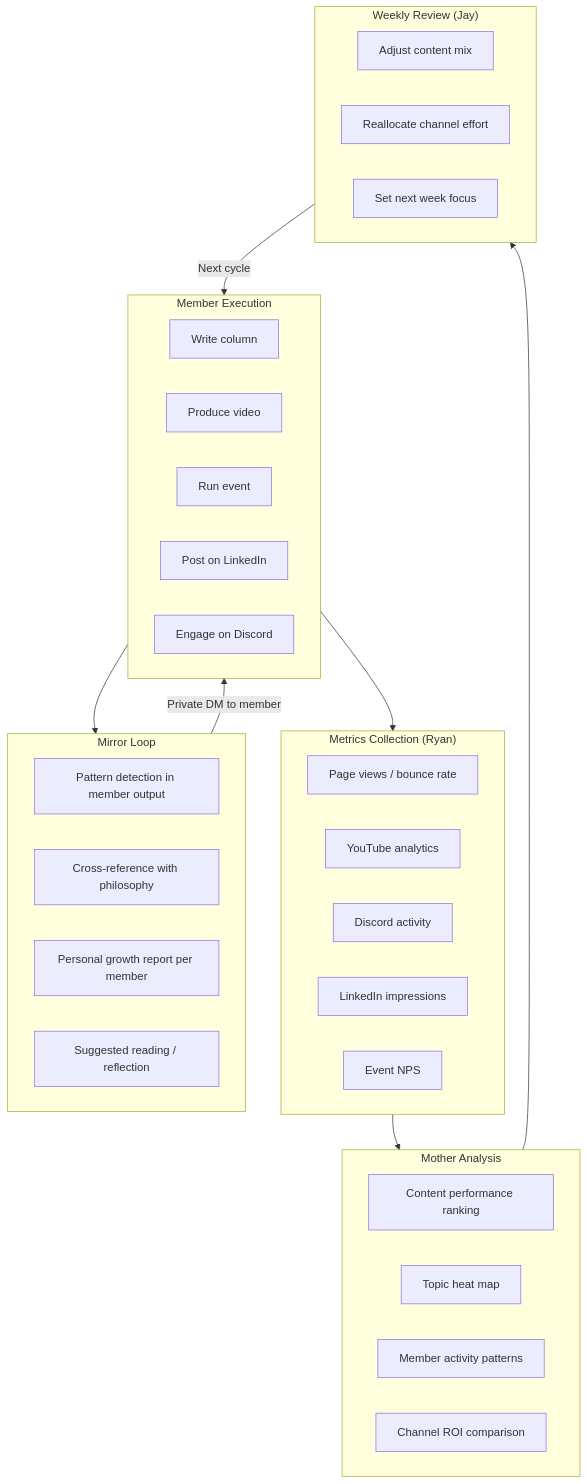
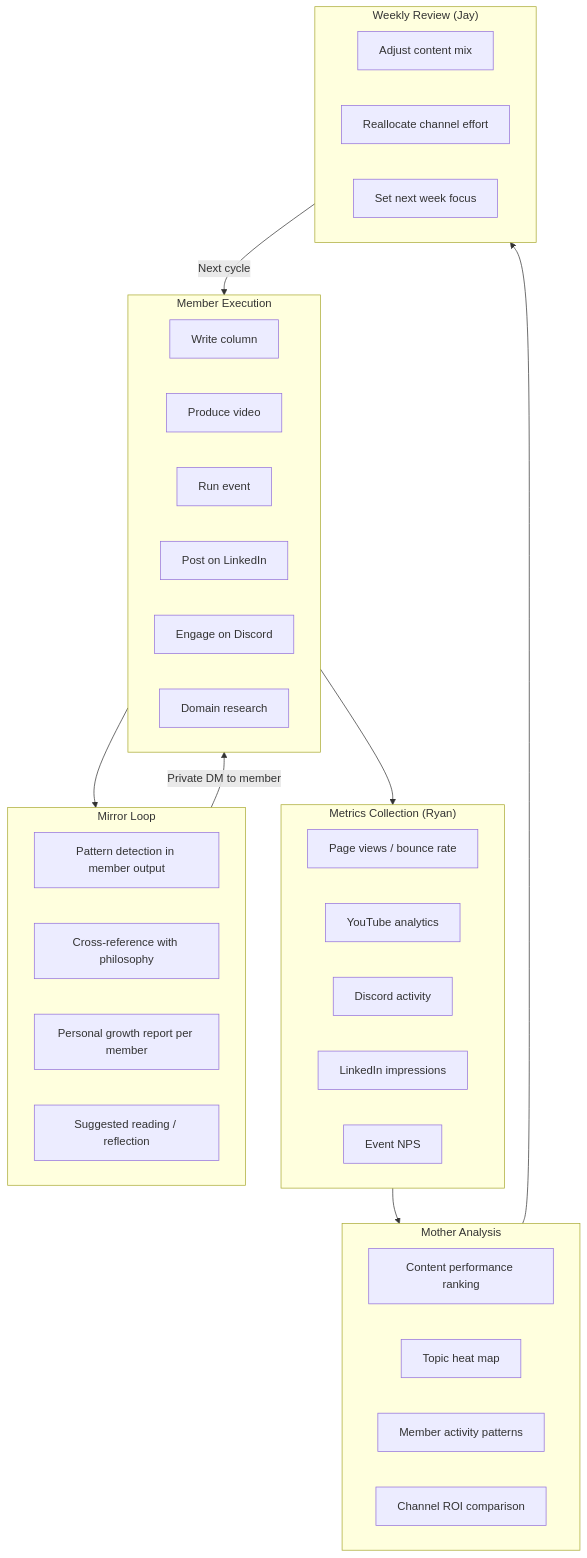
The fifth of 6 diagrams in products/hypeproof-workflow-2026Q2.md (JeHyeong2/hypeprooflab), drawn with Mermaid before and after one commit. The commit also changed other lines of this file, not shown here.

````diff
--- a/products/hypeproof-workflow-2026Q2.md
+++ b/products/hypeproof-workflow-2026Q2.md
@@ -215,46 +256,47 @@
 ```mermaid
 flowchart TB
     subgraph EXECUTE["Member Execution"]
         E1[Write column]
         E2[Produce video]
         E3[Run event]
         E4[Post on LinkedIn]
         E5[Engage on Discord]
+        E6[Domain research]
     end
 
     subgraph COLLECT["Metrics Collection (Ryan)"]
         M1[Page views / bounce rate]
         M2[YouTube analytics]
         M3[Discord activity]
         M4[LinkedIn impressions]
         M5[Event NPS]
     end
 
     subgraph ANALYZE["Mother Analysis"]
         AN1[Content performance ranking]
         AN2[Topic heat map]
         AN3[Member activity patterns]
         AN4[Channel ROI comparison]
     end
 
     subgraph MIRROR_LOOP["Mirror Loop"]
         ML1[Pattern detection in member output]
         ML2[Cross-reference with philosophy]
         ML3[Personal growth report per member]
         ML4[Suggested reading / reflection]
     end
 
     subgraph DECIDE["Weekly Review (Jay)"]
         DEC1[Adjust content mix]
         DEC2[Reallocate channel effort]
         DEC3[Set next week focus]
     end
 
     EXECUTE --> COLLECT
     COLLECT --> ANALYZE
     ANALYZE --> DECIDE
     DECIDE -->|Next cycle| EXECUTE
 
     EXECUTE --> MIRROR_LOOP
     MIRROR_LOOP -->|Private DM to member| EXECUTE
 ```
````
